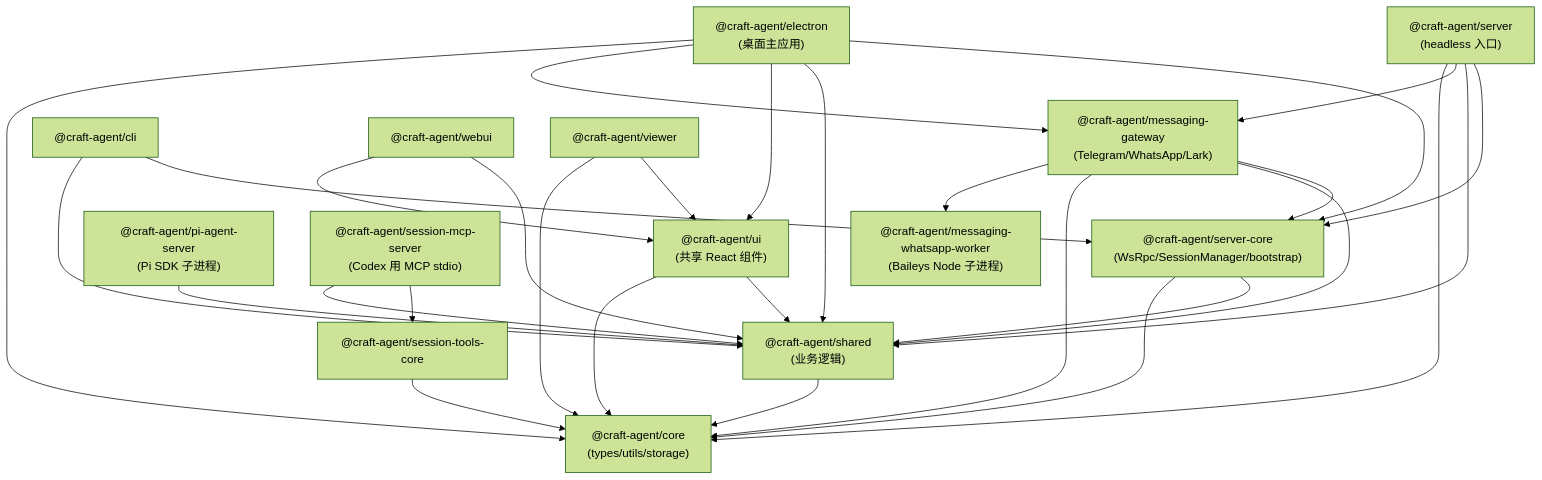
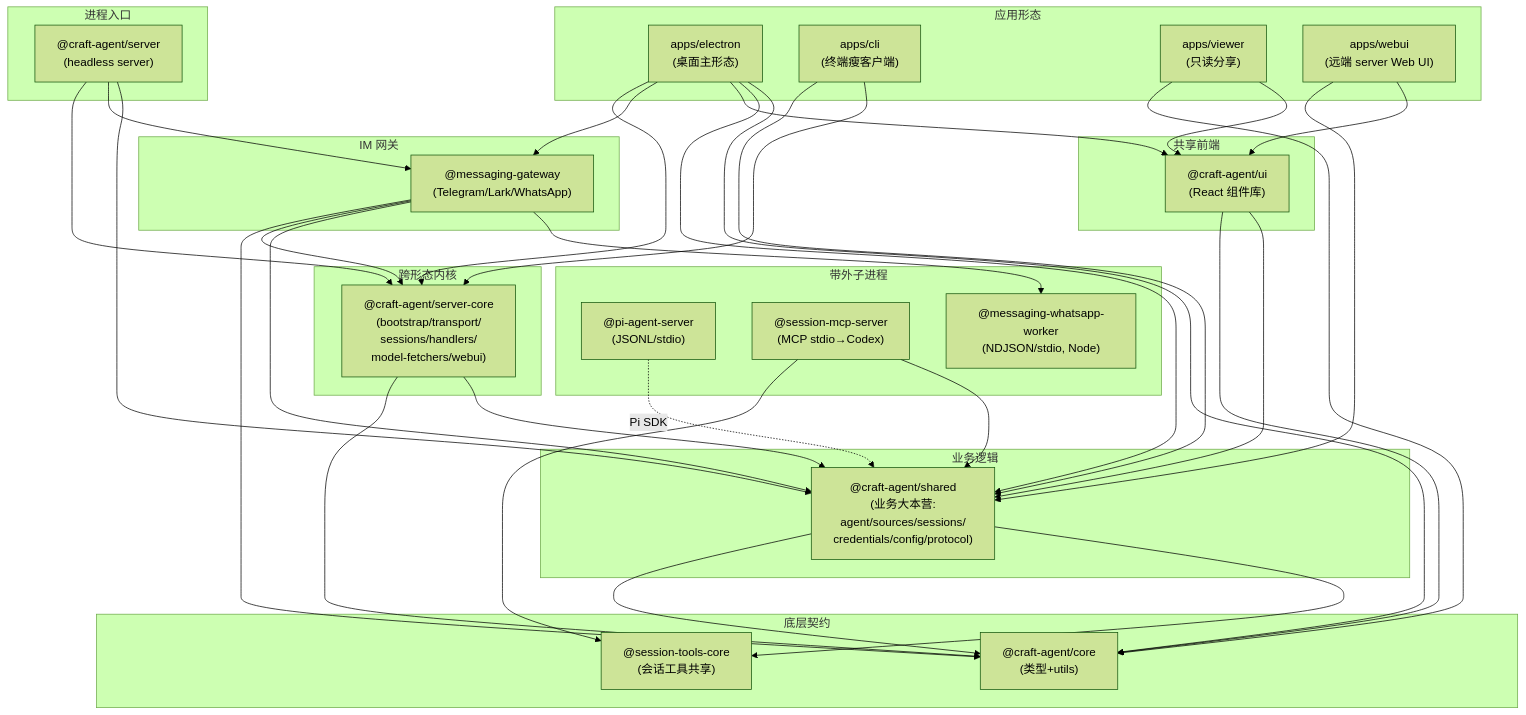
The first of 4 diagrams in docs/code-research/01_architecture.md (TTsWorld/craft-agents-oss), drawn with Mermaid (forest theme) before and after one commit. The commit also changed other lines of this file and 13 other files, not shown here.

````diff
--- a/docs/code-research/01_architecture.md
+++ b/docs/code-research/01_architecture.md
@@ -51,48 +185,71 @@
 ```mermaid
 graph TD
-  core["@craft-agent/core<br/>(types/utils/storage)"]
-  shared["@craft-agent/shared<br/>(业务逻辑)"]
-  serverCore["@craft-agent/server-core<br/>(WsRpc/SessionManager/bootstrap)"]
-  ui["@craft-agent/ui<br/>(共享 React 组件)"]
-  sessToolsCore["@craft-agent/session-tools-core"]
-  piServer["@craft-agent/pi-agent-server<br/>(Pi SDK 子进程)"]
-  sessMcp["@craft-agent/session-mcp-server<br/>(Codex 用 MCP stdio)"]
-  msgGw["@craft-agent/messaging-gateway<br/>(Telegram/WhatsApp/Lark)"]
-  waWorker["@craft-agent/messaging-whatsapp-worker<br/>(Baileys Node 子进程)"]
+    subgraph 底层["底层契约"]
+        Core["@craft-agent/core<br/>(类型+utils)"]
+        SessionTools["@session-tools-core<br/>(会话工具共享)"]
+    end
 
-  server["@craft-agent/server<br/>(headless 入口)"]
-  electron["@craft-agent/electron<br/>(桌面主应用)"]
-  cli["@craft-agent/cli"]
-  webui["@craft-agent/webui"]
-  viewer["@craft-agent/viewer"]
+    subgraph 业务["业务逻辑"]
+        Shared["@craft-agent/shared<br/>(业务大本营:<br/>agent/sources/sessions/<br/>credentials/config/protocol)"]
+        Shared --> Core
+        Shared --> SessionTools
+    end
 
-  shared --> core
-  serverCore --> shared
-  serverCore --> core
-  ui --> shared
-  ui --> core
-  sessToolsCore --> core
-  piServer --> shared
-  sessMcp --> sessToolsCore
-  sessMcp --> shared
-  msgGw --> serverCore
-  msgGw --> shared
-  msgGw --> core
-  msgGw --> waWorker
+    subgraph 内核["跨形态内核"]
+        ServerCore["@craft-agent/server-core<br/>(bootstrap/transport/<br/>sessions/handlers/<br/>model-fetchers/webui)"]
+        ServerCore --> Core
+        ServerCore --> Shared
+    end
 
-  server --> serverCore
-  server --> shared
-  server --> msgGw
-  server --> core
-  electron --> serverCore
-  electron --> shared
-  electron --> ui
-  electron --> msgGw
-  electron --> core
-  cli --> serverCore
-  cli --> shared
-  webui --> shared
-  webui --> ui
-  viewer --> ui
-  viewer --> core
+    subgraph 前端["共享前端"]
+        UI["@craft-agent/ui<br/>(React 组件库)"]
+        UI --> Core
+        UI --> Shared
+    end
+
+    subgraph 子进程["带外子进程"]
+        PiServer["@pi-agent-server<br/>(JSONL/stdio)"]
+        McpServer["@session-mcp-server<br/>(MCP stdio→Codex)"]
+        WaWorker["@messaging-whatsapp-worker<br/>(NDJSON/stdio, Node)"]
+        McpServer --> SessionTools
+        McpServer --> Shared
+        PiServer -. "Pi SDK" .-> Shared
+    end
+
+    subgraph 网关["IM 网关"]
+        Gateway["@messaging-gateway<br/>(Telegram/Lark/WhatsApp)"]
+        Gateway --> Core
+        Gateway --> ServerCore
+        Gateway --> Shared
+        Gateway --> WaWorker
+    end
+
+    subgraph 进程入口["进程入口"]
+        Server["@craft-agent/server<br/>(headless server)"]
+        Server --> ServerCore
+        Server --> Gateway
+        Server --> Shared
+    end
+
+    subgraph 应用["应用形态"]
+        Electron["apps/electron<br/>(桌面主形态)"]
+        CLI["apps/cli<br/>(终端瘦客户端)"]
+        Viewer["apps/viewer<br/>(只读分享)"]
+        WebUI["apps/webui<br/>(远端 server Web UI)"]
+
+        Electron --> ServerCore
+        Electron --> Gateway
+        Electron --> UI
+        Electron --> Shared
+        Electron --> Core
+
+        CLI --> Shared
+        CLI --> ServerCore
+
+        Viewer --> Core
+        Viewer --> UI
+
+        WebUI --> Shared
+        WebUI --> UI
+    end
 ```
````
